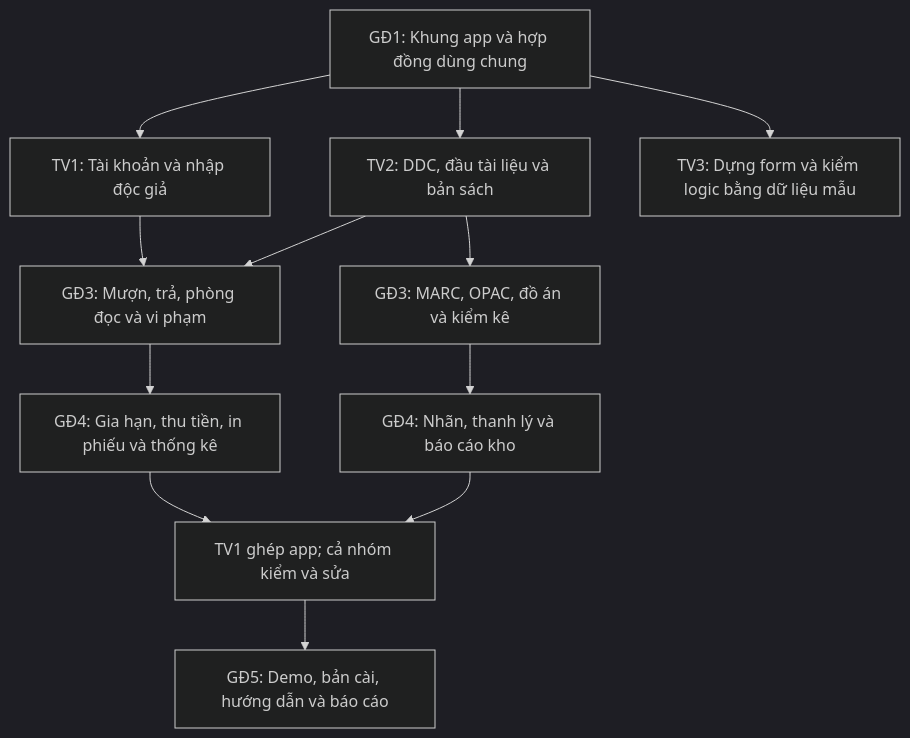
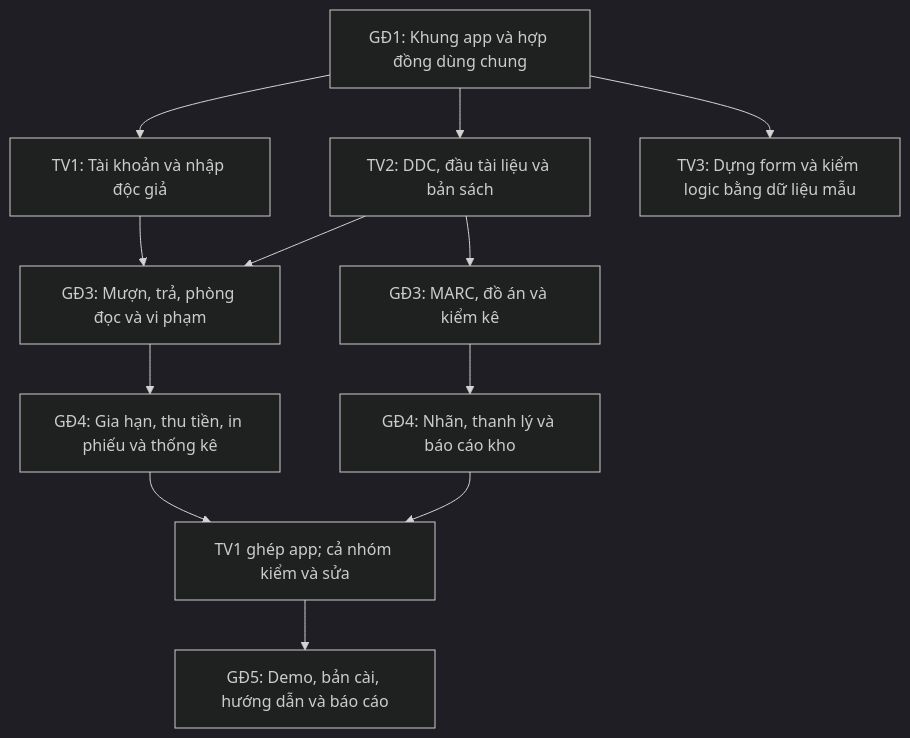
The diagram in tai_lieu/Ke_hoach_va_phan_cong_module.md (Jin01524/LTMMT-ThuVienDAU), drawn with Mermaid (dark theme) before and after one commit. The commit also changed other lines of this file and 19 other files, not shown here.

````diff
--- a/tai_lieu/Ke_hoach_va_phan_cong_module.md
+++ b/tai_lieu/Ke_hoach_va_phan_cong_module.md
@@ -19,14 +19,14 @@
 ```mermaid
 flowchart TD
     A["GĐ1: Khung app và hợp đồng dùng chung"] --> B["TV1: Tài khoản và nhập độc giả"]
     A --> C["TV2: DDC, đầu tài liệu và bản sách"]
     A --> D["TV3: Dựng form và kiểm logic bằng dữ liệu mẫu"]
     B --> E["GĐ3: Mượn, trả, phòng đọc và vi phạm"]
     C --> E
-    C --> F["GĐ3: MARC, OPAC, đồ án và kiểm kê"]
+    C --> F["GĐ3: MARC, đồ án và kiểm kê"]
     E --> G["GĐ4: Gia hạn, thu tiền, in phiếu và thống kê"]
     F --> H["GĐ4: Nhãn, thanh lý và báo cáo kho"]
     G --> I["TV1 ghép app; cả nhóm kiểm và sửa"]
     H --> I
     I --> J["GĐ5: Demo, bản cài, hướng dẫn và báo cáo"]
 ```
````
